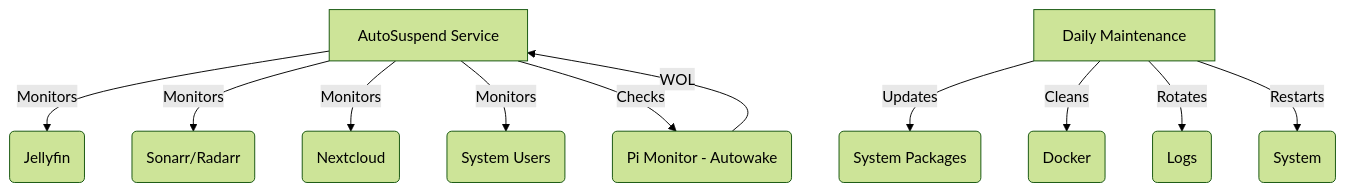
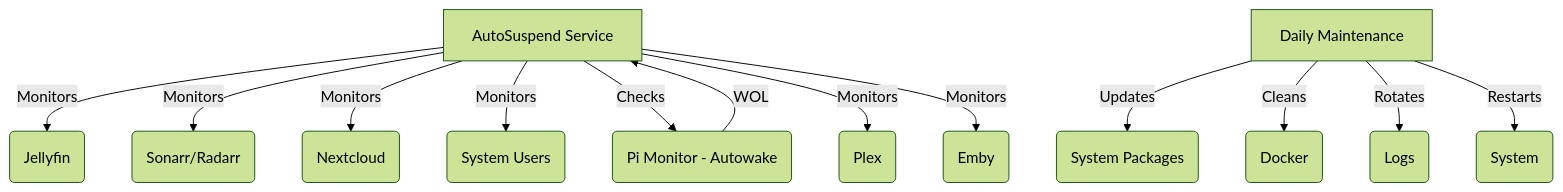
The diagram in README.md (pirelike/mediaserver-autosuspend), drawn with Mermaid (forest theme) before and after one commit. The commit also changed other lines of this file, not shown here.

````diff
--- a/README.md
+++ b/README.md
@@ -228,13 +266,15 @@
 ```mermaid
 graph TD
     A[AutoSuspend Service] -->|Monitors| B(Jellyfin)
     A -->|Monitors| C(Sonarr/Radarr)
     A -->|Monitors| D(Nextcloud)
     A -->|Monitors| E(System Users)
     A -->|Checks| F(Pi Monitor - Autowake)
+    A -->|Monitors| Z(Plex)
+    A -->|Monitors| Y(Emby)
     F -->|WOL| A
     G[Daily Maintenance] -->|Updates| H(System Packages)
     G -->|Cleans| I(Docker)
     G -->|Rotates| J(Logs)
     G -->|Restarts| K(System)
 ```
````
